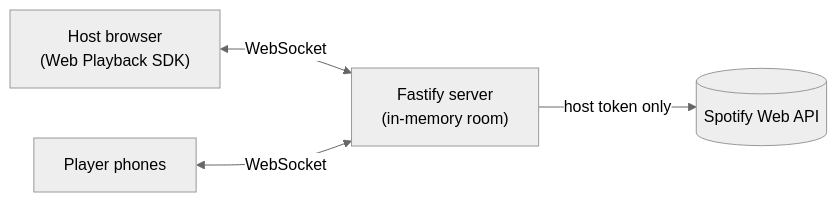
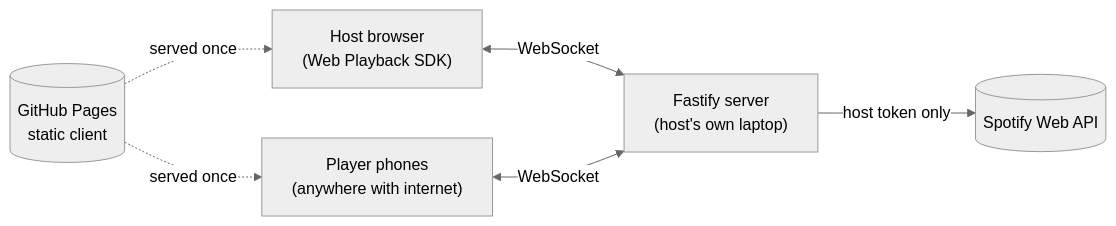
The first of 2 diagrams in README.md (vdwolde/Song-Snitch), drawn with Mermaid (neutral theme) before and after one commit. The commit also changed other lines of this file and 29 other files, not shown here.

````diff
--- a/README.md
+++ b/README.md
@@ -74,6 +79,8 @@
 ```mermaid
 flowchart LR
-    H["Host browser<br/>(Web Playback SDK)"] <-->|WebSocket| S["Fastify server<br/>(in-memory room)"]
-    P["Player phones"] <-->|WebSocket| S
+    GP[("GitHub Pages<br/>static client")] -.->|served once| H
+    GP -.->|served once| P
+    H["Host browser<br/>(Web Playback SDK)"] <-->|WebSocket| S["Fastify server<br/>(host's own laptop)"]
+    P["Player phones<br/>(anywhere with internet)"] <-->|WebSocket| S
     S -->|host token only| SP[("Spotify Web API")]
 ```
````
